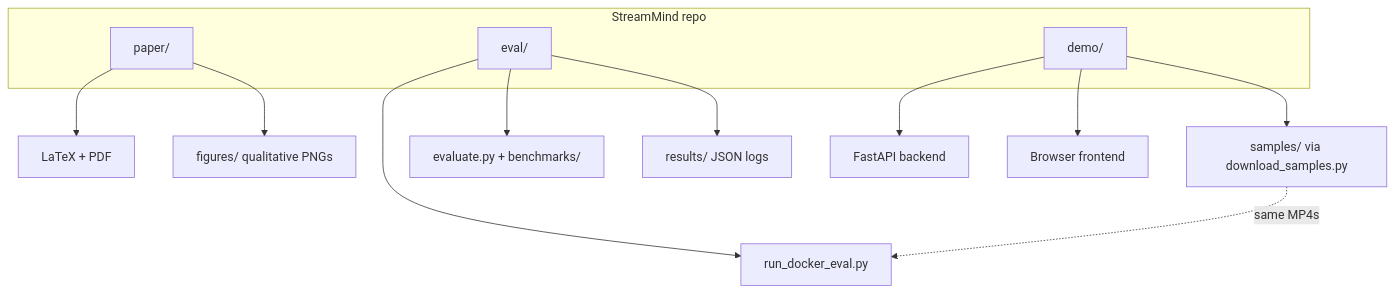
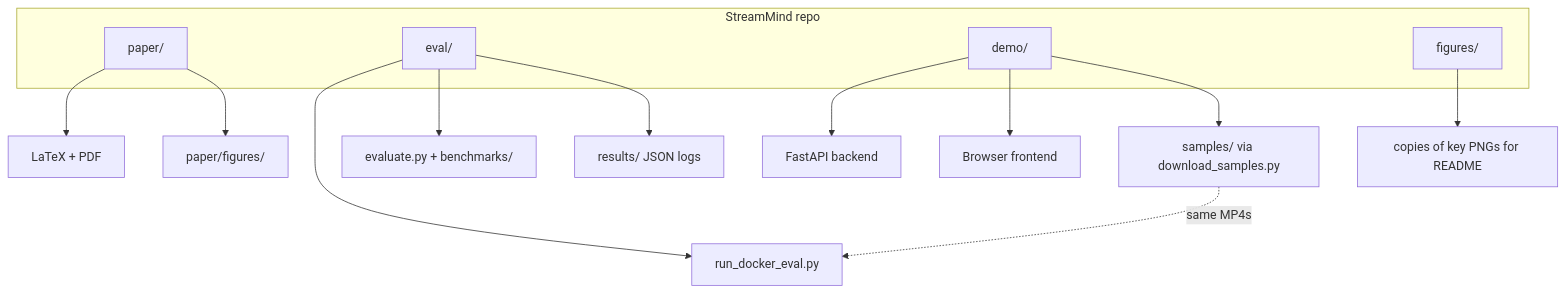
The first of 2 diagrams in README.md (palsure/StreamMind-LiveQA), drawn with Mermaid before and after one commit. The commit also changed other lines of this file and 6 other files, not shown here.

````diff
--- a/README.md
+++ b/README.md
@@ -13,21 +13,23 @@
 ```mermaid
 flowchart TB
     subgraph Root["StreamMind repo"]
         P[paper/]
         E[eval/]
         D[demo/]
+        Fig[figures/]
     end
 
     P --> P1[LaTeX + PDF]
-    P --> P2[figures/ qualitative PNGs]
+    P --> P2[paper/figures/]
+    Fig --> F1[copies of key PNGs for README]
 
     D --> D1[FastAPI backend]
     D --> D2[Browser frontend]
     D --> D3["samples/ via download_samples.py"]
 
     E --> E1[run_docker_eval.py]
     E --> E2[evaluate.py + benchmarks/]
     E --> E3["results/ JSON logs"]
 
     D3 -.->|same MP4s| E1
 ```
````
